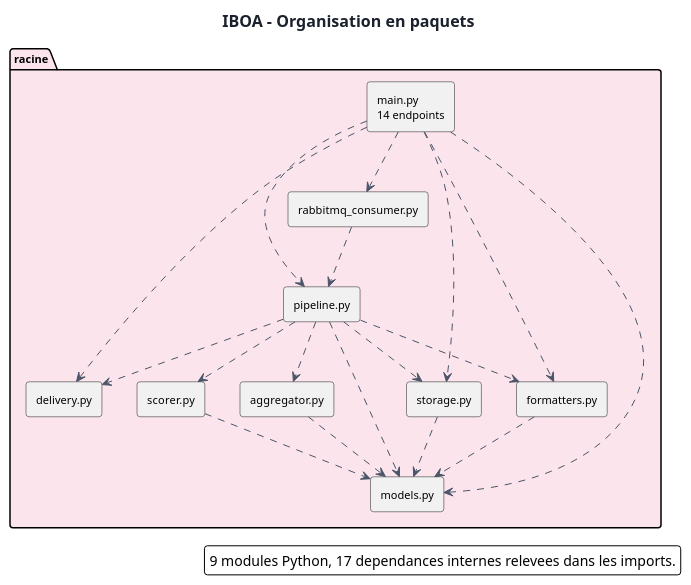
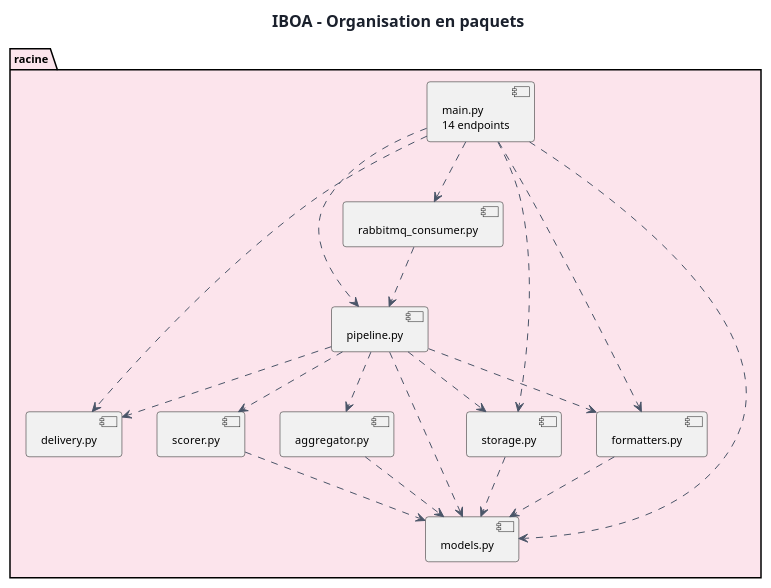
One commit to saber-barhoumi/Xpark-gmao changed the diagram in docs/diagrams/microservices/IBOA/IBOA-package.puml. Above: the diagram before and after it, drawn with PlantUML. The commit also changed 192 other files, not shown here.

First line of the commit message:
docs(uml): mise aux normes academiques des diagrammes des microservices

```diff
--- a/docs/diagrams/microservices/IBOA/IBOA-package.puml
+++ b/docs/diagrams/microservices/IBOA/IBOA-package.puml
@@ -1,52 +1,49 @@
 @startuml
+skinparam style strictuml
 skinparam backgroundColor #FFFFFF
 skinparam shadowing false
 skinparam defaultFontName Verdana
 skinparam defaultFontSize 11
 skinparam roundCorner 6
 skinparam ArrowColor #4A5568
 skinparam TitleFontSize 16
 skinparam TitleFontColor #1A202C
 skinparam NoteBackgroundColor #FFF8DC
 skinparam NoteBorderColor #D6BF7A
 skinparam componentStyle rectangle
 
 title IBOA - Organisation en paquets
 
 skinparam componentStyle rectangle
 
 package "(racine)" #FCE4EC {
   component "aggregator.py" as aggregator_py
   component "delivery.py" as delivery_py
   component "formatters.py" as formatters_py
   component "main.py\n14 endpoints" as main_py
   component "models.py" as models_py
   component "pipeline.py" as pipeline_py
   component "rabbitmq_consumer.py" as rabbitmq_consumer_py
   component "scorer.py" as scorer_py
   component "storage.py" as storage_py
 }
 
 aggregator_py ..> models_py
 formatters_py ..> models_py
 main_py ..> delivery_py
 main_py ..> formatters_py
 main_py ..> models_py
 main_py ..> pipeline_py
 main_py ..> rabbitmq_consumer_py
 main_py ..> storage_py
 pipeline_py ..> aggregator_py
 pipeline_py ..> delivery_py
 pipeline_py ..> formatters_py
 pipeline_py ..> models_py
 pipeline_py ..> scorer_py
 pipeline_py ..> storage_py
 rabbitmq_consumer_py ..> pipeline_py
 scorer_py ..> models_py
 storage_py ..> models_py
 
-legend right
-9 modules Python, 17 dependances internes relevees dans les imports.
-endlegend
-
 @enduml
```
